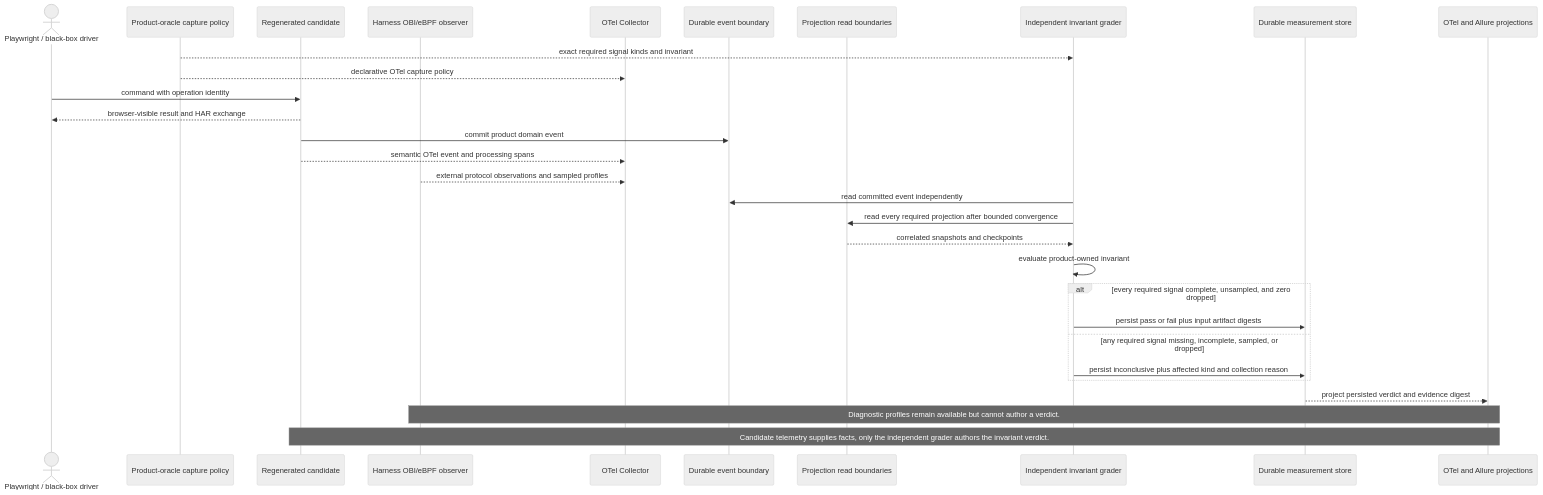
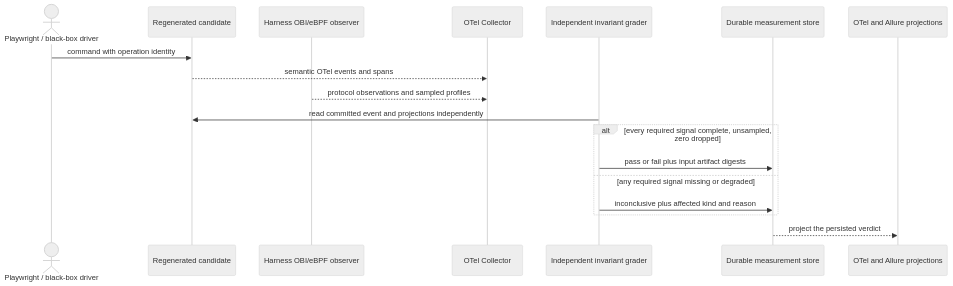
One commit to scope-impact/loyly changed the fifth of 6 diagrams in .pi/architecture.md. Above: the diagram before and after it, drawn with Mermaid (neutral theme). The commit also changed other lines of this file, not shown here.

First line of the commit message:
Describe the legacy-shape harness in the architecture

````diff
--- a/.pi/architecture.md
+++ b/.pi/architecture.md
@@ -312,33 +344,21 @@
 ```mermaid
 sequenceDiagram
     actor Driver as Playwright / black-box driver
-    participant Policy as Product-oracle capture policy
     participant Candidate as Regenerated candidate
     participant OBI as Harness OBI/eBPF observer
     participant Collector as OTel Collector
-    participant Event as Durable event boundary
-    participant State as Projection read boundaries
     participant Grader as Independent invariant grader
     participant Grain as Durable measurement store
     participant Reports as OTel and Allure projections
 
-    Policy-->>Grader: exact required signal kinds and invariant
-    Policy-->>Collector: declarative OTel capture policy
     Driver->>Candidate: command with operation identity
-    Candidate-->>Driver: browser-visible result and HAR exchange
-    Candidate->>Event: commit product domain event
-    Candidate-->>Collector: semantic OTel event and processing spans
-    OBI-->>Collector: external protocol observations and sampled profiles
-    Grader->>Event: read committed event independently
-    Grader->>State: read every required projection after bounded convergence
-    State-->>Grader: correlated snapshots and checkpoints
-    Grader->>Grader: evaluate product-owned invariant
-    alt every required signal complete, unsampled, and zero dropped
-        Grader->>Grain: persist pass or fail plus input artifact digests
-    else any required signal missing, incomplete, sampled, or dropped
-        Grader->>Grain: persist inconclusive plus affected kind and collection reason
+    Candidate-->>Collector: semantic OTel events and spans
+    OBI-->>Collector: protocol observations and sampled profiles
+    Grader->>Candidate: read committed event and projections independently
+    alt every required signal complete, unsampled, zero dropped
+        Grader->>Grain: pass or fail plus input artifact digests
+    else any required signal missing or degraded
+        Grader->>Grain: inconclusive plus affected kind and reason
     end
-    Grain-->>Reports: project persisted verdict and evidence digest
-    Note over OBI,Reports: Diagnostic profiles remain available but cannot author a verdict.
-    Note over Candidate,Reports: Candidate telemetry supplies facts, only the independent grader authors the invariant verdict.
+    Grain-->>Reports: project the persisted verdict
 ```
````
